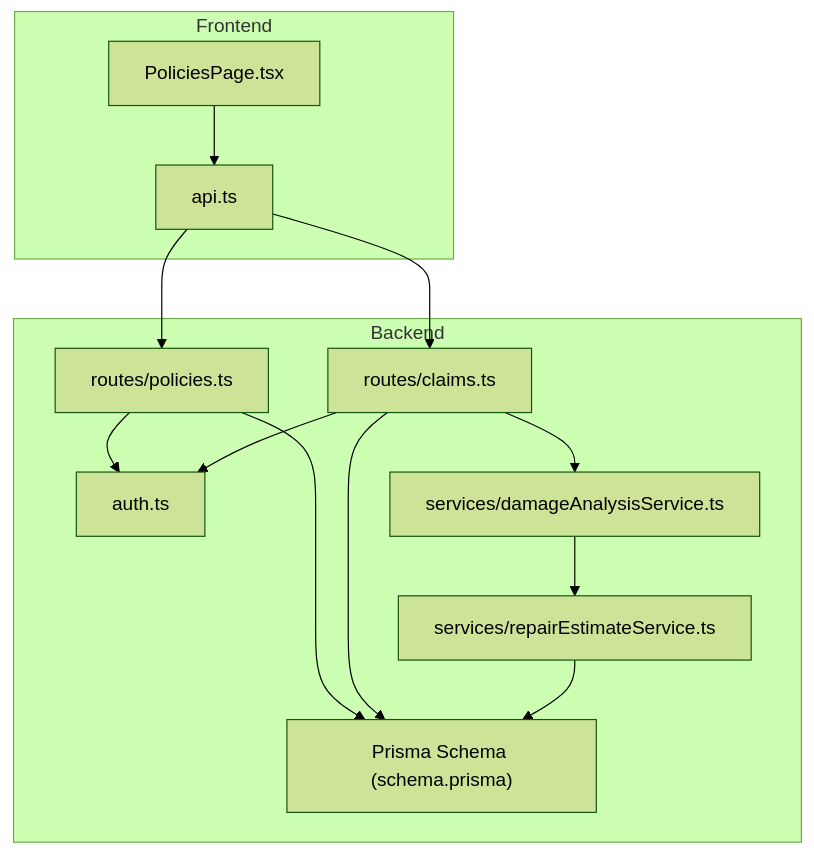
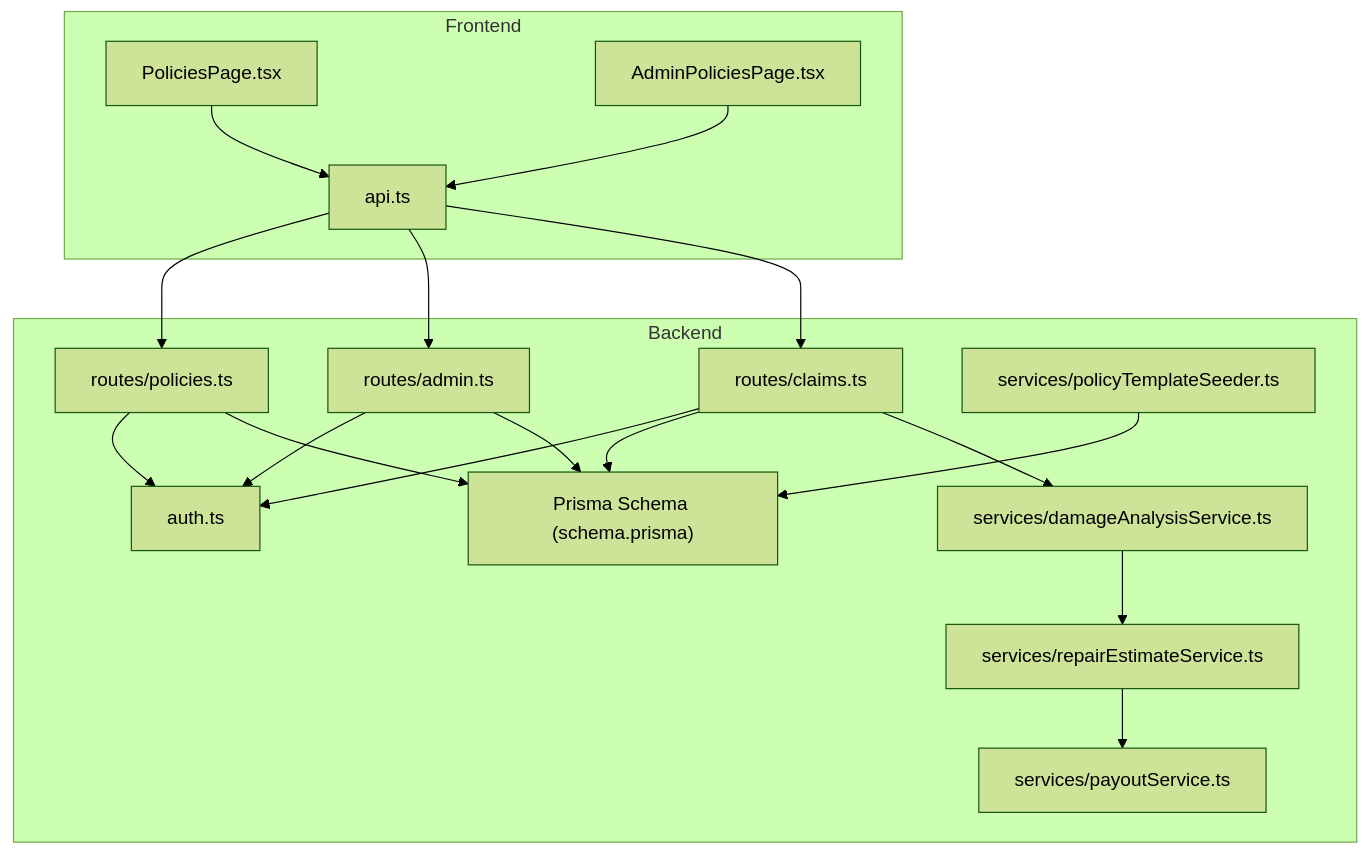
Before and after one commit to NaveenHiranya/Smart-Vehicle-Insurance-Claim-System: the first of 8 diagrams in .qoder/repowiki/en/content/Business Logic Layer/Policy Management System.md, drawn with Mermaid (forest theme). The commit also changed other lines of this file and 38 other files, not shown here.

````diff
--- a/.qoder/repowiki/en/content/Business Logic Layer/Policy Management System.md
+++ b/.qoder/repowiki/en/content/Business Logic Layer/Policy Management System.md
@@ -35,25 +49,34 @@
 ```mermaid
 graph TB
 subgraph "Frontend"
 FE_Policies["PoliciesPage.tsx"]
+FE_Admin["AdminPoliciesPage.tsx"]
 FE_API["api.ts"]
 end
 subgraph "Backend"
 AuthMW["auth.ts"]
 Routes_Policies["routes/policies.ts"]
+Routes_Admin["routes/admin.ts"]
 Routes_Claims["routes/claims.ts"]
+Service_Template["services/policyTemplateSeeder.ts"]
 Service_Damage["services/damageAnalysisService.ts"]
 Service_Estimate["services/repairEstimateService.ts"]
+Service_Payout["services/payoutService.ts"]
 DB["Prisma Schema (schema.prisma)"]
 end
 FE_Policies --> FE_API
+FE_Admin --> FE_API
 FE_API --> Routes_Policies
+FE_API --> Routes_Admin
 FE_API --> Routes_Claims
 Routes_Policies --> AuthMW
+Routes_Admin --> AuthMW
 Routes_Claims --> AuthMW
 Routes_Policies --> DB
+Routes_Admin --> DB
 Routes_Claims --> DB
 Routes_Claims --> Service_Damage
 Service_Damage --> Service_Estimate
-Service_Estimate --> DB
+Service_Estimate --> Service_Payout
+Service_Template --> DB
 ```
````
